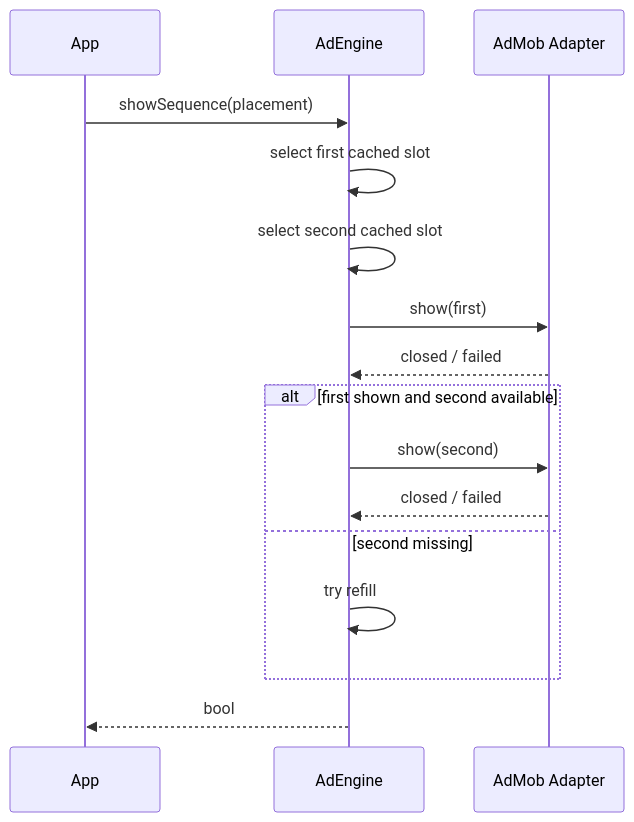
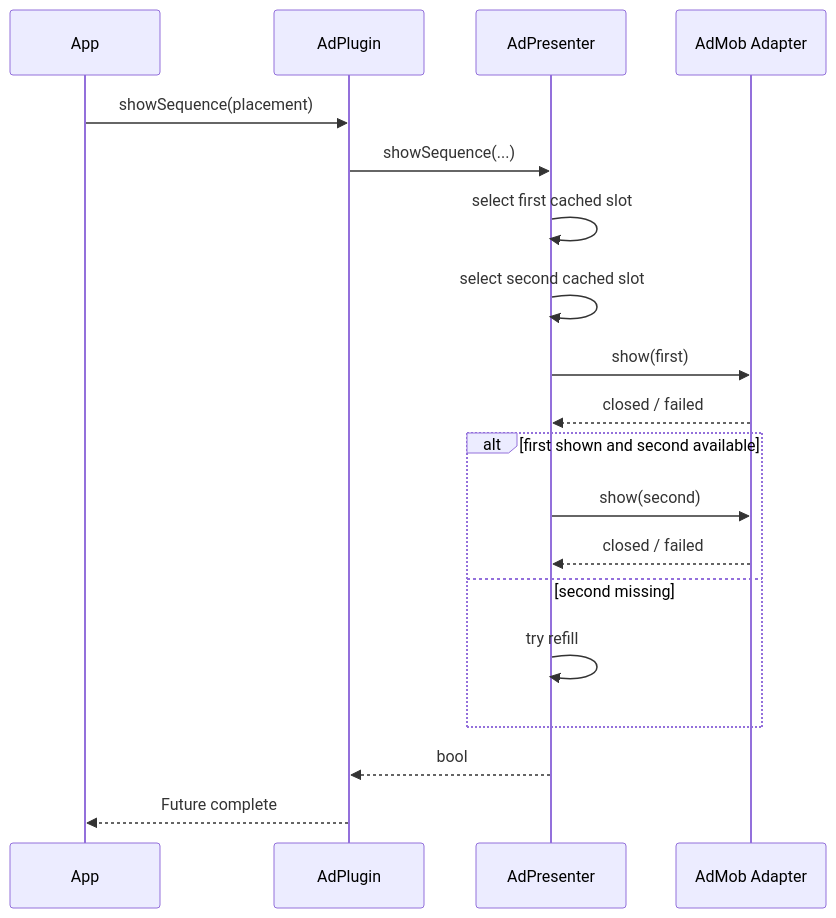
One commit to yanmingLiu/flutter_ad_plugin changed the fifth of 8 diagrams in README.md. Above: the diagram before and after it, drawn with Mermaid. The commit also changed other lines of this file and 31 other files, not shown here.

````diff
--- a/README.md
+++ b/README.md
@@ -691,19 +738,22 @@
 ```mermaid
 sequenceDiagram
   participant App
-  participant Engine as AdEngine
+  participant Plugin as AdPlugin
+  participant Presenter as AdPresenter
   participant Adapter as AdMob Adapter
 
-  App->>Engine: showSequence(placement)
-  Engine->>Engine: select first cached slot
-  Engine->>Engine: select second cached slot
-  Engine->>Adapter: show(first)
-  Adapter-->>Engine: closed / failed
+  App->>Plugin: showSequence(placement)
+  Plugin->>Presenter: showSequence(...)
+  Presenter->>Presenter: select first cached slot
+  Presenter->>Presenter: select second cached slot
+  Presenter->>Adapter: show(first)
+  Adapter-->>Presenter: closed / failed
   alt first shown and second available
-    Engine->>Adapter: show(second)
-    Adapter-->>Engine: closed / failed
+    Presenter->>Adapter: show(second)
+    Adapter-->>Presenter: closed / failed
   else second missing
-    Engine->>Engine: try refill
+    Presenter->>Presenter: try refill
   end
-  Engine-->>App: bool
+  Presenter-->>Plugin: bool
+  Plugin-->>App: Future complete
 ```
````
